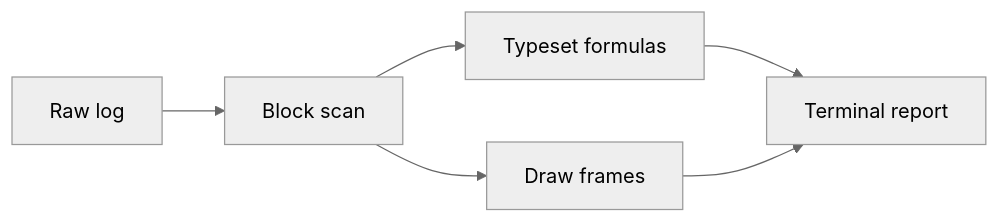
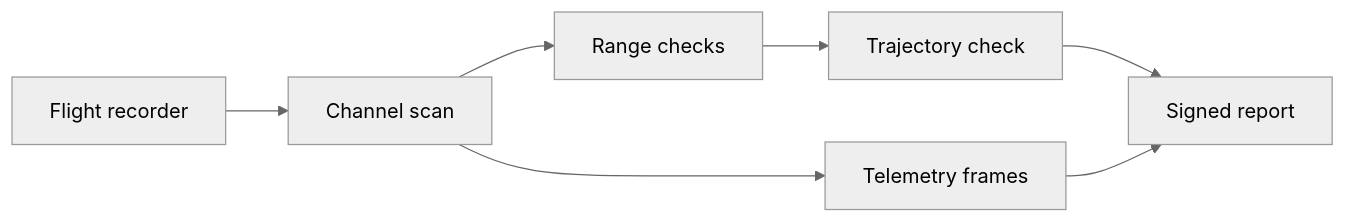
The diagram in examples/rendered.md (Desiment/opentui-markdown-render), drawn with Mermaid (neutral theme) before and after one commit. The commit also changed other lines of this file and 36 other files, not shown here.

````diff
--- a/examples/rendered.md
+++ b/examples/rendered.md
@@ -17,8 +23,9 @@
 ```mermaid
 flowchart LR
-  Log[Raw log] --> Scan[Block scan]
-  Scan --> Typeset[Typeset formulas]
-  Scan --> Draw[Draw frames]
-  Typeset --> Report[Terminal report]
+  Log[Flight recorder] --> Scan[Channel scan]
+  Scan --> Check[Range checks]
+  Check --> Typeset[Trajectory check]
+  Scan --> Draw[Telemetry frames]
+  Typeset --> Report[Signed report]
   Draw --> Report
 ```
````
